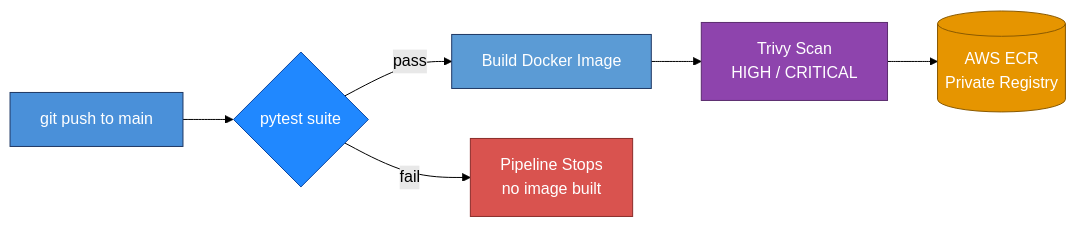
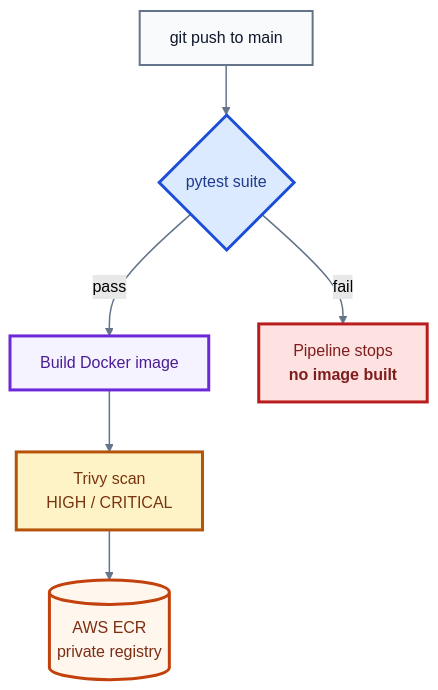
Before and after one commit to sadvi11/docker-flask-ai-app: the second of 2 diagrams in README.md, drawn with Mermaid (forest theme). The commit also changed other lines of this file, not shown here.

Commit message:
docs: make the architecture diagram readable on a phone and in both themes
Verified by rendering with mermaid-cli 11 in the light and dark themes, not
by eye.

Direction: long left-to-right chains render as hairlines on a narrow screen.
Those are now top-down.

Contrast: a node that pins a fill but lets its text colour default is legible
in only one of GitHub's two themes, and an unstyled node inherits whichever
theme the reader has. Every node now sets its own fill and text colour, edges
are pinned too, and subgraph labels take an explicit colour - white-on-pale
subgraph titles were invisible in dark mode.

````diff
--- a/README.md
+++ b/README.md
@@ -59,15 +65,26 @@
 ```mermaid
-flowchart LR
-    P[git push to main]:::push --> T{pytest suite}:::test
-    T -->|pass| B[Build Docker Image]:::build
-    T -->|fail| X[Pipeline Stops<br/>no image built]:::stop
-    B --> S[Trivy Scan<br/>HIGH / CRITICAL]:::scan
-    S --> E[(AWS ECR<br/>Private Registry)]:::ecr
+flowchart TD
+    P["git push to main"]
+    T{"pytest suite"}
+    B["Build Docker image"]
+    X["Pipeline stops<br/><b>no image built</b>"]
+    S["Trivy scan<br/>HIGH / CRITICAL"]
+    E[("AWS ECR<br/>private registry")]
 
-    classDef push fill:#4A90D9,stroke:#1F3864,color:#ffffff
-    classDef test fill:#2088FF,stroke:#0D47A1,color:#ffffff
-    classDef build fill:#5B9BD5,stroke:#1F3864,color:#ffffff
-    classDef stop fill:#D9534F,stroke:#8B2C29,color:#ffffff
-    classDef scan fill:#8E44AD,stroke:#5B2C6F,color:#ffffff
-    classDef ecr fill:#E69500,stroke:#8A5A00,color:#ffffff
+    P --> T
+    T -->|"pass"| B --> S --> E
+    T -->|"fail"| X
+
+    linkStyle default stroke:#64748b,stroke-width:1.5px
+    classDef default fill:#f8fafc,stroke:#64748b,stroke-width:2px,color:#0f172a
+    classDef aws   fill:#fff7ed,stroke:#c2410c,stroke-width:3px,color:#7c2d12
+    classDef ci    fill:#f5f3ff,stroke:#6d28d9,stroke-width:3px,color:#4c1d95
+    classDef decide fill:#dbeafe,stroke:#1d4ed8,stroke-width:3px,color:#1e3a8a
+    classDef stop  fill:#fee2e2,stroke:#b91c1c,stroke-width:3px,color:#7f1d1d
+    classDef warn  fill:#fef3c7,stroke:#b45309,stroke-width:3px,color:#78350f
+    class T decide
+    class X stop
+    class S warn
+    class E aws
+    class B ci
 ```
````
